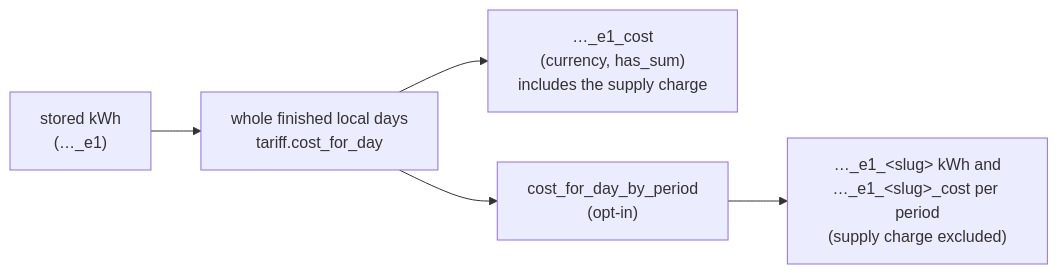
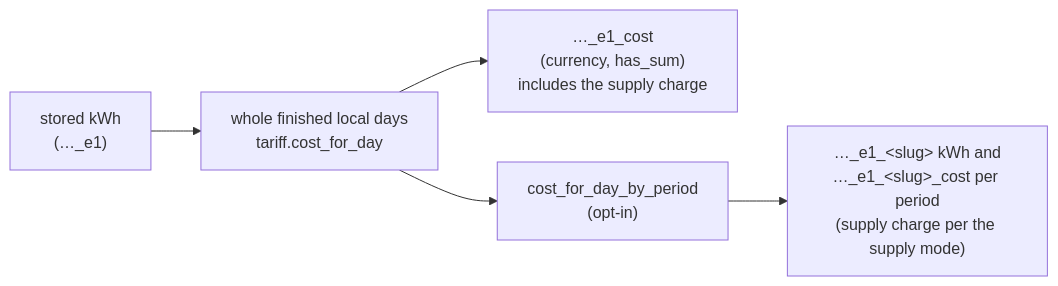
The fourth of 4 diagrams in docs/ARCHITECTURE.md (markesss/ha-citipower-myenergy), drawn with Mermaid before and after one commit. The commit also changed other lines of this file and 6 other files, not shown here.

````diff
--- a/docs/ARCHITECTURE.md
+++ b/docs/ARCHITECTURE.md
@@ -127,7 +127,7 @@
 ```mermaid
 flowchart LR
     kwh["stored kWh<br/>(…_e1)"] --> day["whole finished local days<br/>tariff.cost_for_day"]
     day --> cost["…_e1_cost<br/>(currency, has_sum)<br/>includes the supply charge"]
     day --> byp["cost_for_day_by_period<br/>(opt-in)"]
-    byp --> per["…_e1_&lt;slug&gt; kWh and<br/>…_e1_&lt;slug&gt;_cost per period<br/>(supply charge excluded)"]
+    byp --> per["…_e1_&lt;slug&gt; kWh and<br/>…_e1_&lt;slug&gt;_cost per period<br/>(supply charge per the supply mode)"]
 ```
````
